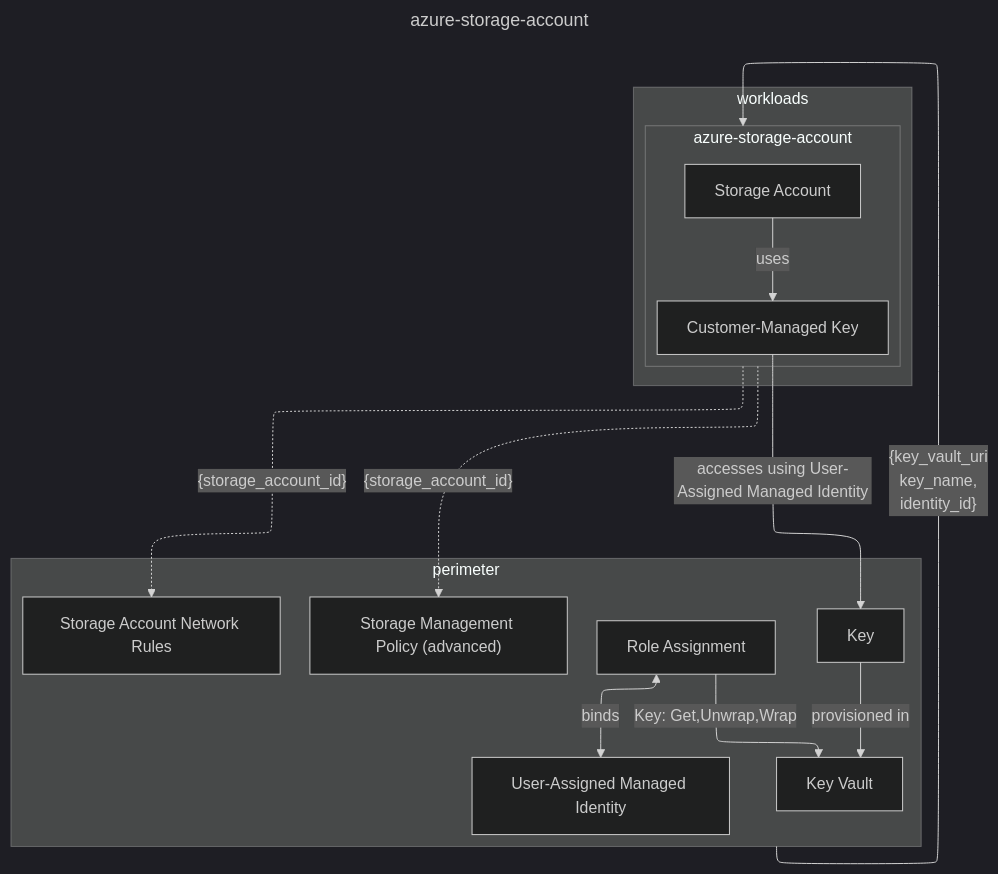
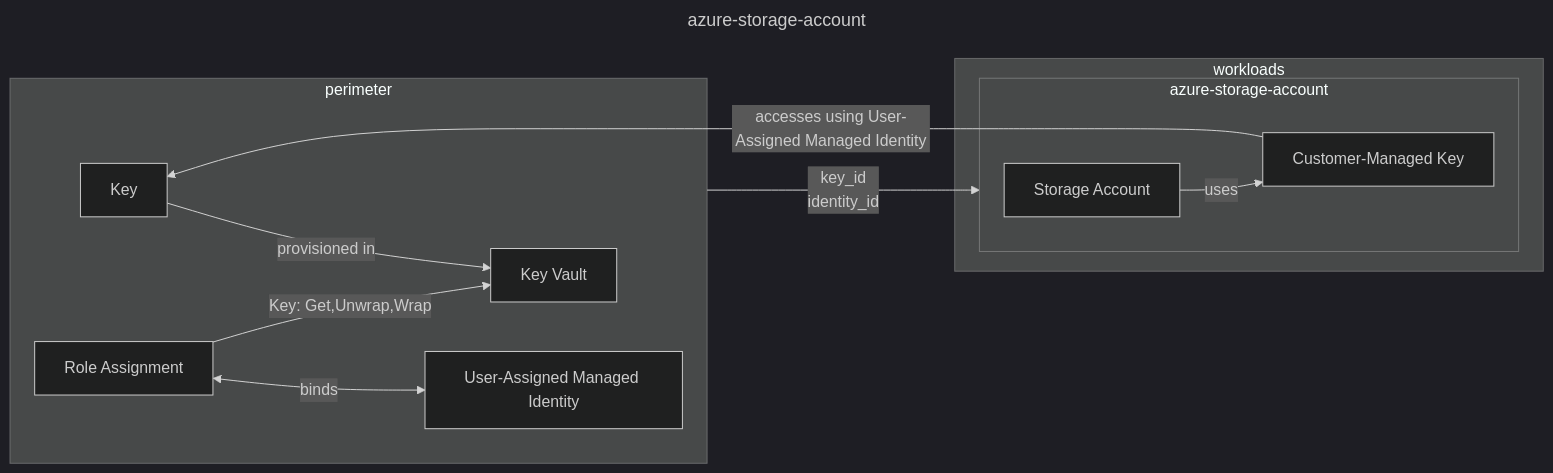
One commit to Unique-AG/terraform-modules changed the diagram in modules/azure-storage-account/README.md. Above: the diagram before and after it, drawn with Mermaid (dark theme). The commit also changed other lines of this file and 13 other files, not shown here.

Commit message:
feat: add first layers of new azure-storage-account

````diff
--- a/modules/azure-storage-account/README.md
+++ b/modules/azure-storage-account/README.md
@@ -4,27 +4,21 @@
 ```mermaid
 ---
 title: azure-storage-account
-config:
-    layout: elk
 ---
-graph TD
+graph LR
     subgraph perimeter
         K[Key] -->|provisioned in| KV[Key Vault]
         RA[Role Assignment] <-->|binds| UAMI[User-Assigned Managed Identity]
         RA -->|"Key: Get,Unwrap,Wrap"| KV
-        SANR[Storage Account Network Rules]
-        SMP["Storage Management Policy (advanced)"]
     end
     subgraph workloads
         subgraph module["azure-storage-account"]
             SA[Storage Account]
             CMK[Customer-Managed Key]
             CMK[Customer-Managed Key]
             SA -->|uses| CMK
         end
     end
-    module -.->|"{storage_account_id}"| SANR
-    module -.->|"{storage_account_id}"| SMP
-    perimeter -->|"{key_vault_uri<br/>key_name,<br/>identity_id}"| module
+    perimeter --->|key_id<br>identity_id| module
     CMK -->|accesses using User-Assigned Managed Identity| K
 ```
````
